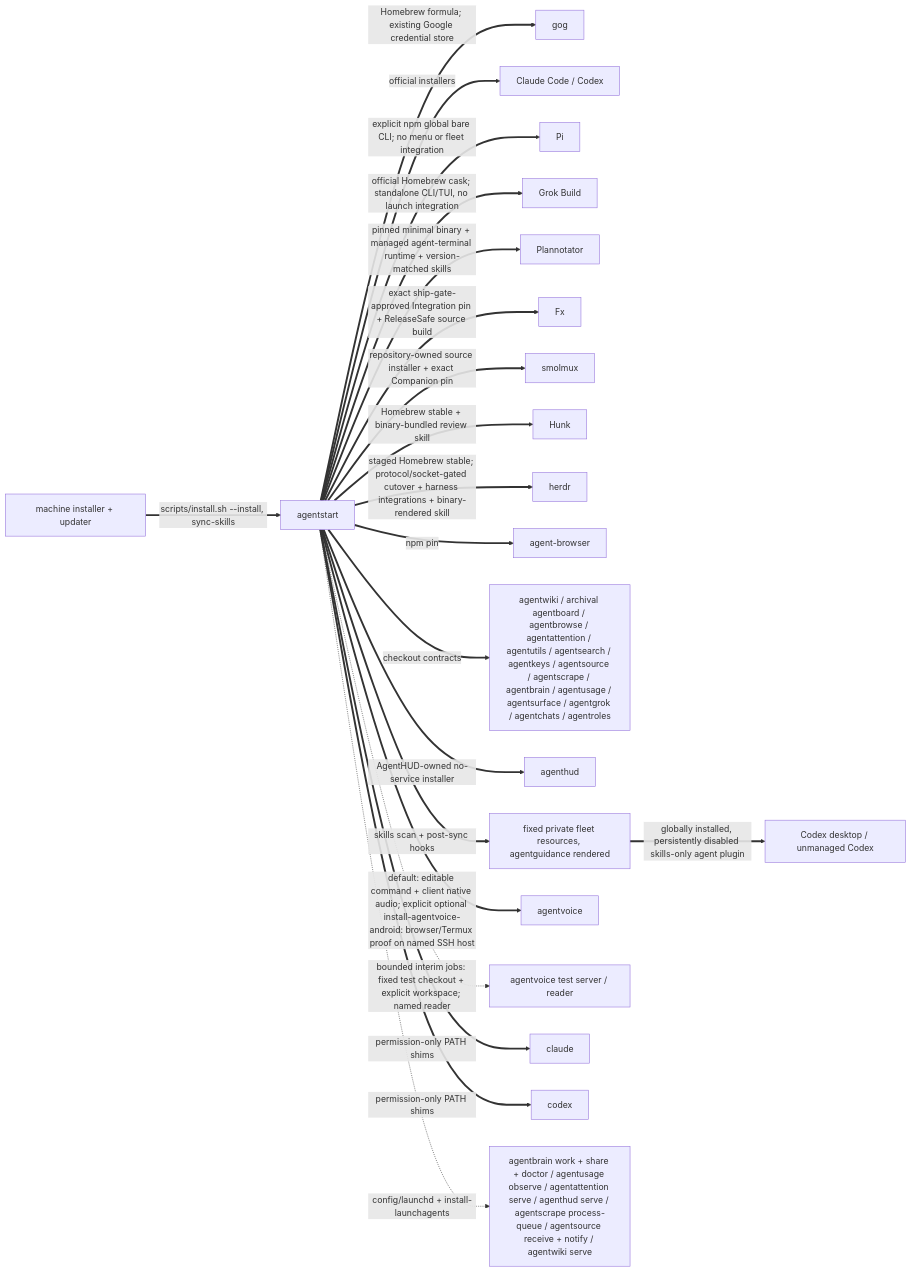
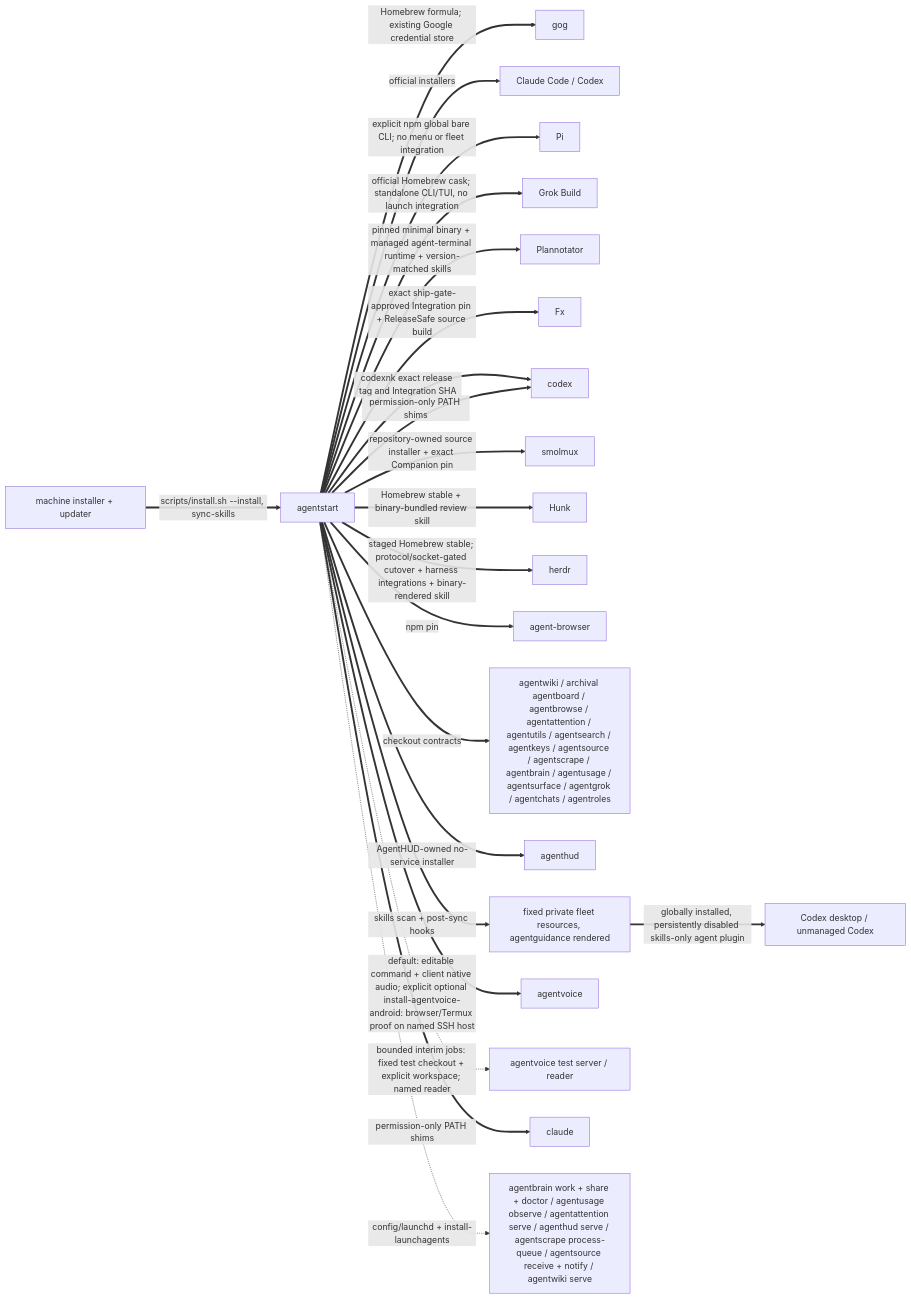
Before and after one commit to possibilities/agentstart: the second of 3 diagrams in skills/fleet/MAP.md, drawn with Mermaid. The commit also changed other lines of this file and 11 other files, not shown here.

````diff
--- a/skills/fleet/MAP.md
+++ b/skills/fleet/MAP.md
@@ -104,25 +104,26 @@
 ```mermaid
 flowchart LR
     machine[machine installer + updater]
     start[agentstart]
 
     machine ==>|scripts/install.sh --install, sync-skills| start
     start ==>|Homebrew formula; existing Google credential store| gog
     start ==>|official installers| harnesses[Claude Code / Codex]
     start ==>|explicit npm global bare CLI; no menu or fleet integration| pi[Pi]
     start ==>|official Homebrew cask; standalone CLI/TUI, no launch integration| grok[Grok Build]
     start ==>|pinned minimal binary + managed agent-terminal runtime + version-matched skills| plannotator[Plannotator]
     start ==>|exact ship-gate-approved Integration pin + ReleaseSafe source build| fx[Fx]
+    start ==>|codexnk exact release tag and Integration SHA| codex
     start ==>|repository-owned source installer + exact Companion pin| smolmuxInstall[smolmux]
     start ==>|Homebrew stable + binary-bundled review skill| hunk[Hunk]
     start ==>|staged Homebrew stable; protocol/socket-gated cutover + harness integrations + binary-rendered skill| herdrInstall[herdr]
     start ==>|npm pin| browser[agent-browser]
     start ==>|checkout contracts| fleet[agentwiki / archival agentboard / agentbrowse / agentattention / agentutils / agentsearch / agentkeys / agentsource / agentscrape / agentbrain / agentusage / agentsurface / agentgrok / agentchats / agentroles]
     start ==>|AgentHUD-owned no-service installer| hudInstall[agenthud]
     start ==>|skills scan + post-sync hooks| skills[fixed private fleet resources, agentguidance rendered]
     start ==>|default: editable command + client native audio; explicit optional install-agentvoice-android: browser/Termux proof on named SSH host| voiceInstall[agentvoice]
     start -.->|bounded interim jobs: fixed test checkout + explicit workspace; named reader| voiceTest[agentvoice test server / reader]
     start ==>|permission-only PATH shims| claude & codex
     skills ==>|globally installed, persistently disabled skills-only agent plugin| codexDesktop[Codex desktop / unmanaged Codex]
     start -.->|config/launchd + install-launchagents| services[agentbrain work + share + doctor / agentusage observe / agentattention serve / agenthud serve / agentscrape process-queue / agentsource receive + notify / agentwiki serve]
 ```
````
